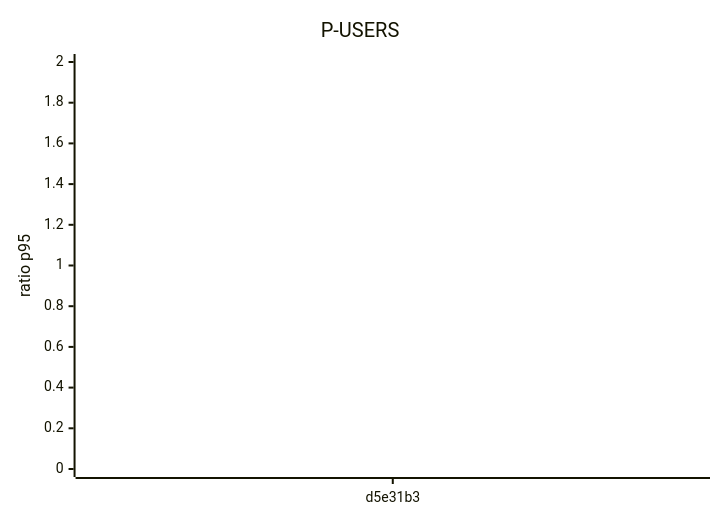
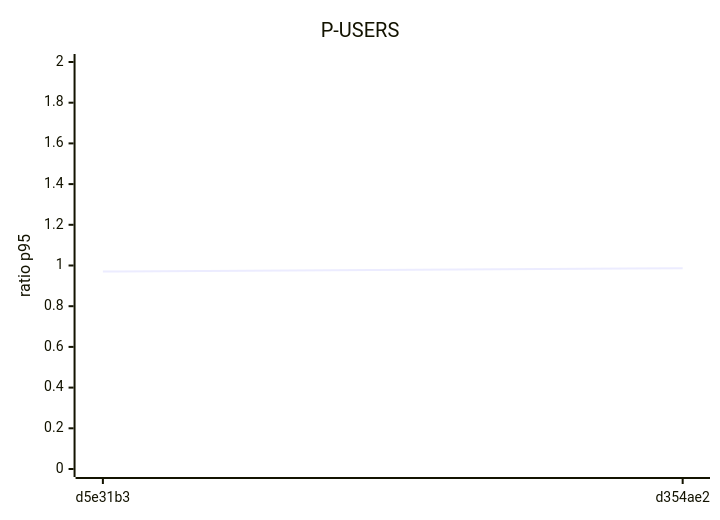
The fourth of 8 diagrams in docs/perf/trend.md (mtromane/expense-io), drawn with Mermaid before and after one commit. The commit also changed other lines of this file and 1 other file, not shown here.

````diff
--- a/docs/perf/trend.md
+++ b/docs/perf/trend.md
@@ -40,7 +40,7 @@
 ```mermaid
 xychart-beta
   title "P-USERS"
-  x-axis ["d5e31b3"]
+  x-axis ["d5e31b3", "d354ae2"]
   y-axis "ratio p95" 0 --> 2
-  line [0.97]
+  line [0.97, 0.987]
 ```
````
